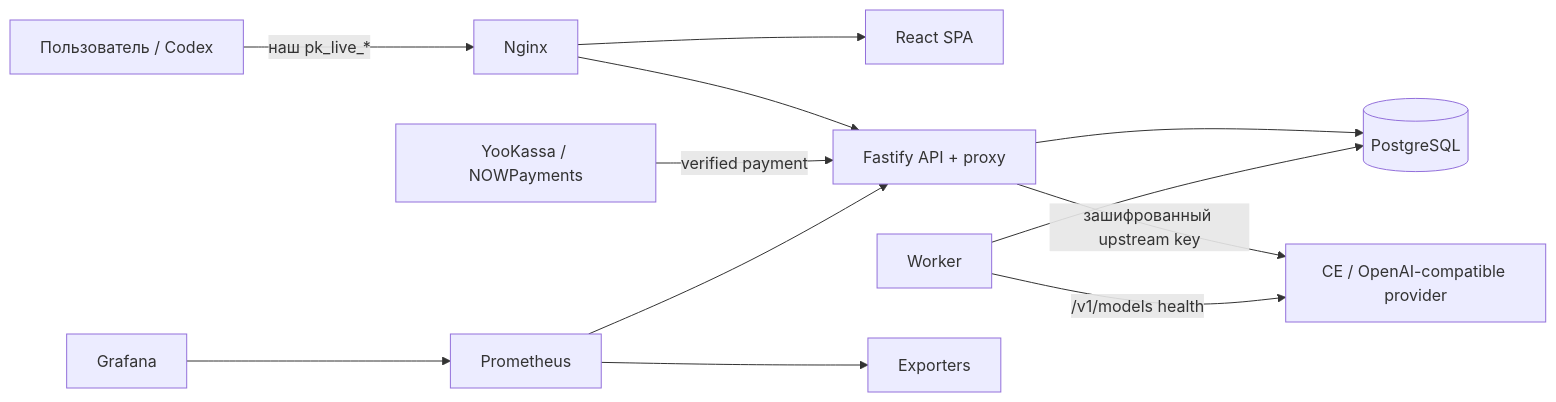
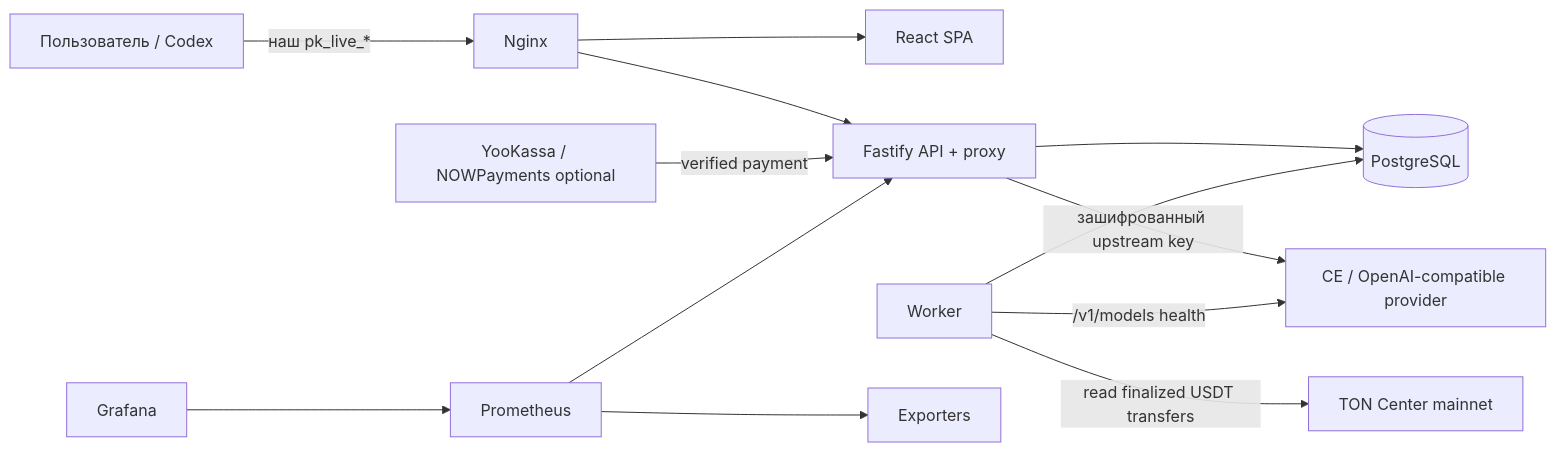
The diagram in README.md (lum0vi/proxy-app), drawn with Mermaid before and after one commit. The commit also changed other lines of this file and 59 other files, not shown here.

````diff
--- a/README.md
+++ b/README.md
@@ -60,14 +117,15 @@
 ```mermaid
 flowchart LR
   U[Пользователь / Codex] -->|наш pk_live_*| N[Nginx]
   N --> W[React SPA]
   N --> A[Fastify API + proxy]
   A --> P[(PostgreSQL)]
   A -->|зашифрованный upstream key| CE[CE / OpenAI-compatible provider]
-  S[YooKassa / NOWPayments] -->|verified payment| A
+  S[YooKassa / NOWPayments optional] -->|verified payment| A
+  K -->|read finalized USDT transfers| T[TON Center mainnet]
   K[Worker] --> P
   K -->|/v1/models health| CE
   M[Prometheus] --> A
   M --> X[Exporters]
   G[Grafana] --> M
 ```
````
